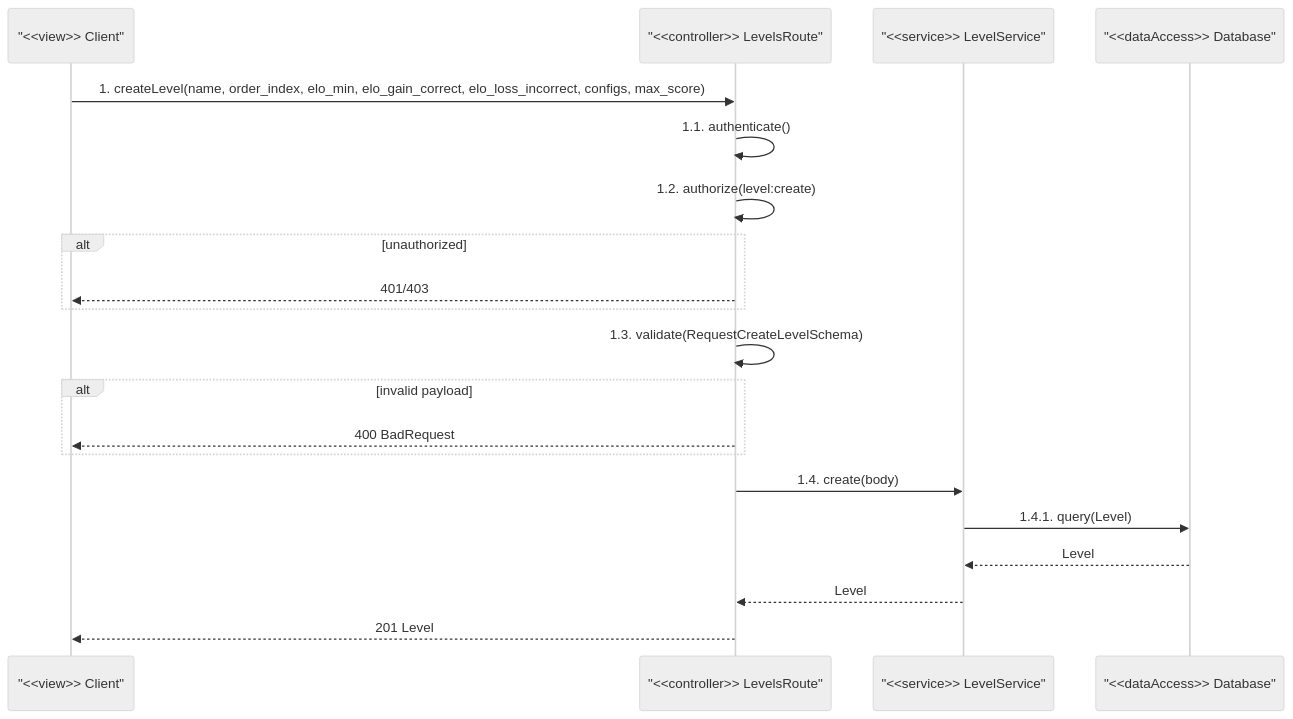
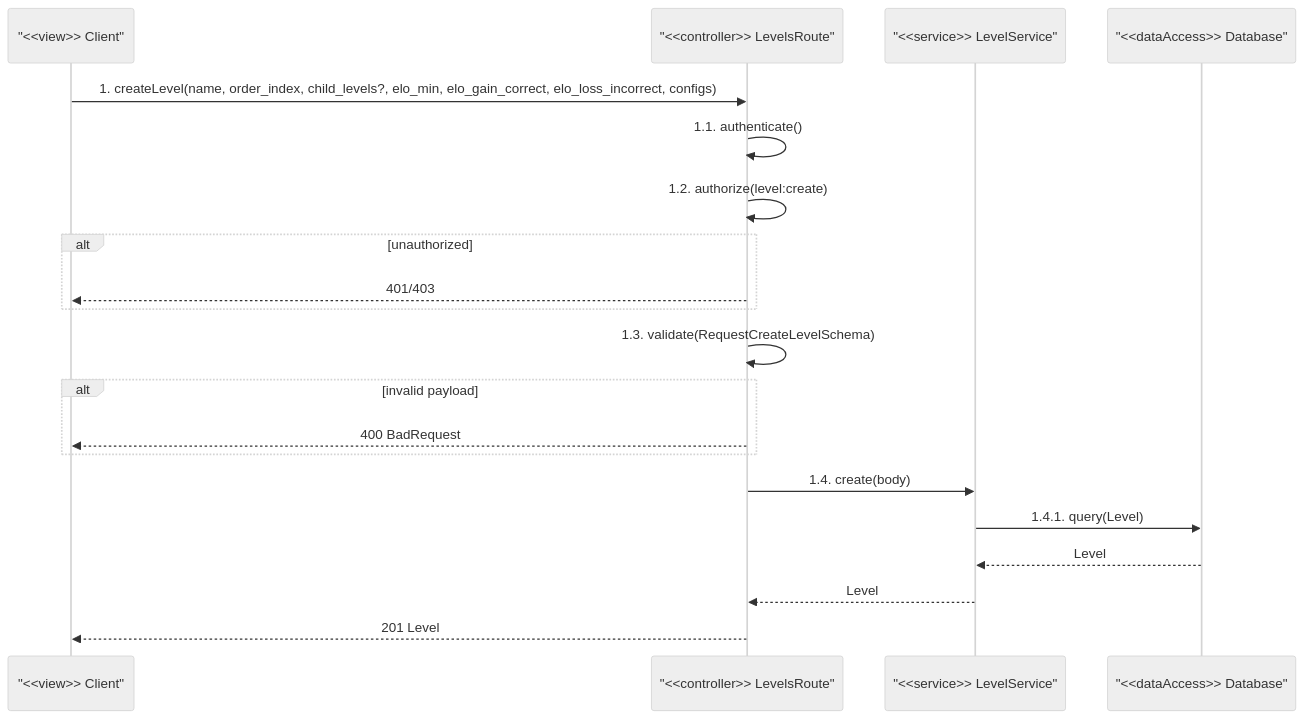
Before and after one commit to christphralden/magic-nugger-app: the third of 7 diagrams in docs/diagrams/levels/sequence.md, drawn with Mermaid. The commit also changed other lines of this file and 6 other files, not shown here.

````diff
--- a/docs/diagrams/levels/sequence.md
+++ b/docs/diagrams/levels/sequence.md
@@ -63,24 +64,24 @@
 ```mermaid
 %%{init: {'theme': 'neutral'}}%%
 sequenceDiagram
     participant C as "<<view>> Client"
     participant R as "<<controller>> LevelsRoute"
     participant LS as "<<service>> LevelService"
     participant DB as "<<dataAccess>> Database"
 
-    C->>R: 1. createLevel(name, order_index, elo_min, elo_gain_correct, elo_loss_incorrect, configs, max_score)
+    C->>R: 1. createLevel(name, order_index, child_levels?, elo_min, elo_gain_correct, elo_loss_incorrect, configs)
     R->>R: 1.1. authenticate()
     R->>R: 1.2. authorize(level:create)
     alt unauthorized
         R-->>C: 401/403
     end
     R->>R: 1.3. validate(RequestCreateLevelSchema)
     alt invalid payload
         R-->>C: 400 BadRequest
     end
     R->>LS: 1.4. create(body)
     LS->>DB: 1.4.1. query(Level)
     DB-->>LS: Level
     LS-->>R: Level
     R-->>C: 201 Level
 ```
````
